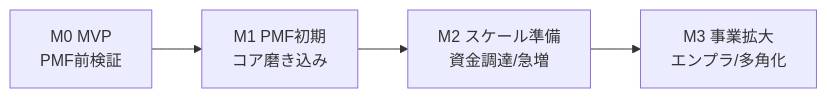
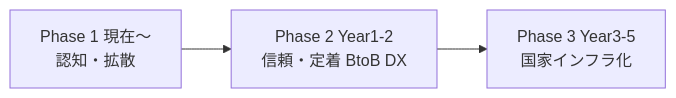
The second of 2 diagrams in docs/shikakuru/要件定義書.md (TSUNAGIBITO/doc-templates), drawn with Mermaid before and after one commit. The commit also changed other lines of this file and 3 other files, not shown here.

````diff
--- a/docs/shikakuru/要件定義書.md
+++ b/docs/shikakuru/要件定義書.md
@@ -268,6 +305,5 @@
 ```mermaid
 flowchart LR
-  M0[M0 MVP<br/>PMF前検証] --> M1[M1 PMF初期<br/>コア磨き込み]
-  M1 --> M2[M2 スケール準備<br/>資金調達/急増]
-  M2 --> M3[M3 事業拡大<br/>エンプラ/多角化]
+  P1[Phase 1 現在〜<br/>認知・拡散] --> P2[Phase 2 Year1-2<br/>信頼・定着 BtoB DX]
+  P2 --> P3[Phase 3 Year3-5<br/>国家インフラ化]
 ```
````
